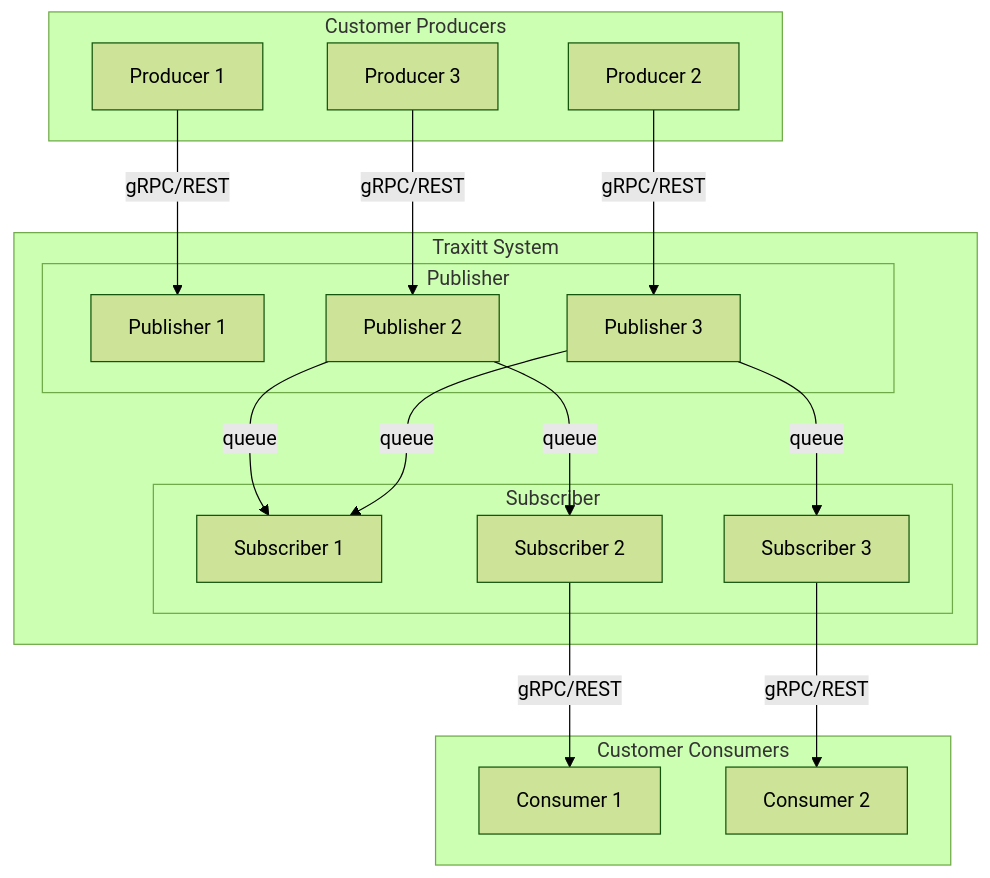
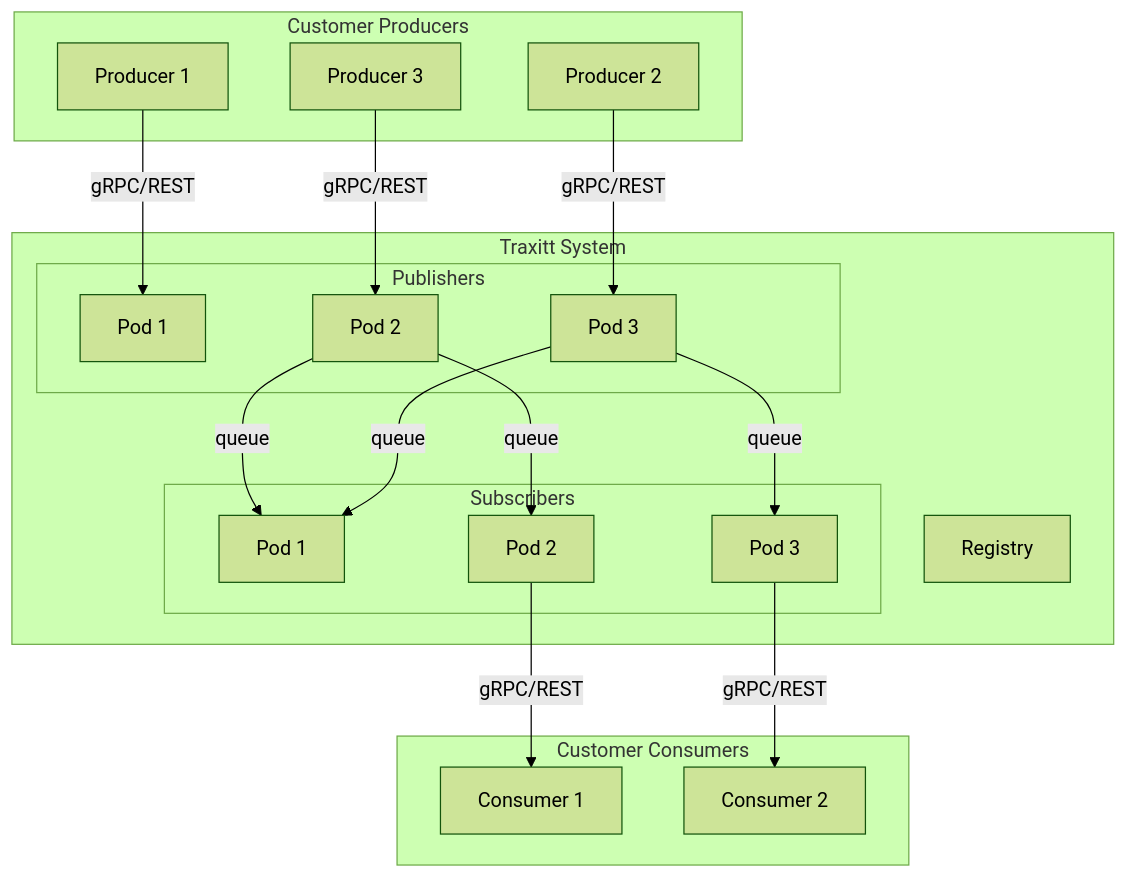
The diagram in content/pubsub.md (c6o/docs), drawn with Mermaid (forest theme) before and after one commit. The commit also changed other lines of this file and 1 other file, not shown here.

````diff
--- a/content/pubsub.md
+++ b/content/pubsub.md
@@ -9,33 +47,34 @@
 ``` mermaid
 graph TB
     subgraph Traxitt System
-       subgraph Publisher
-    	 	pub1[Publisher 1]
-       	pub2[Publisher 2]
-       	pub3[Publisher 3]
-		 end
-		 subgraph Subscriber
-       	sub1[Subscriber 1]
-       	sub2[Subscriber 2]
-       	sub3[Subscriber 3]
+    	subgraph Publishers
+			pub1[Pod 1]
+			pub2[Pod 2]
+			pub3[Pod 3]
 		end
+		subgraph Subscribers
+			sub1[Pod 1]
+			sub2[Pod 2]
+			sub3[Pod 3]
+		end
+		reg[Registry]
     end
 	 pro1--gRPC/REST-->pub1
 	 pro2--gRPC/REST-->pub3
 	 pro3--gRPC/REST-->pub2
 	 sub2--gRPC/REST-->con1
 	 sub3--gRPC/REST-->con2
 	 pub2--queue-->sub1
 	 pub2--queue-->sub2
 	 pub3--queue-->sub1
 	 pub3--queue-->sub3
     subgraph Customer Producers
-       pro1[Producer 1]
-		 pro2[Producer 2]
-		 pro3[Producer 3]
+    	pro1[Producer 1]
+		pro2[Producer 2]
+		pro3[Producer 3]
     end
-	 subgraph Customer Consumers
-       con1[Consumer 1]
-		 con2[Consumer 2]
+	subgraph Customer Consumers
+    	con1[Consumer 1]
+		con2[Consumer 2]
     end
 ```
````
